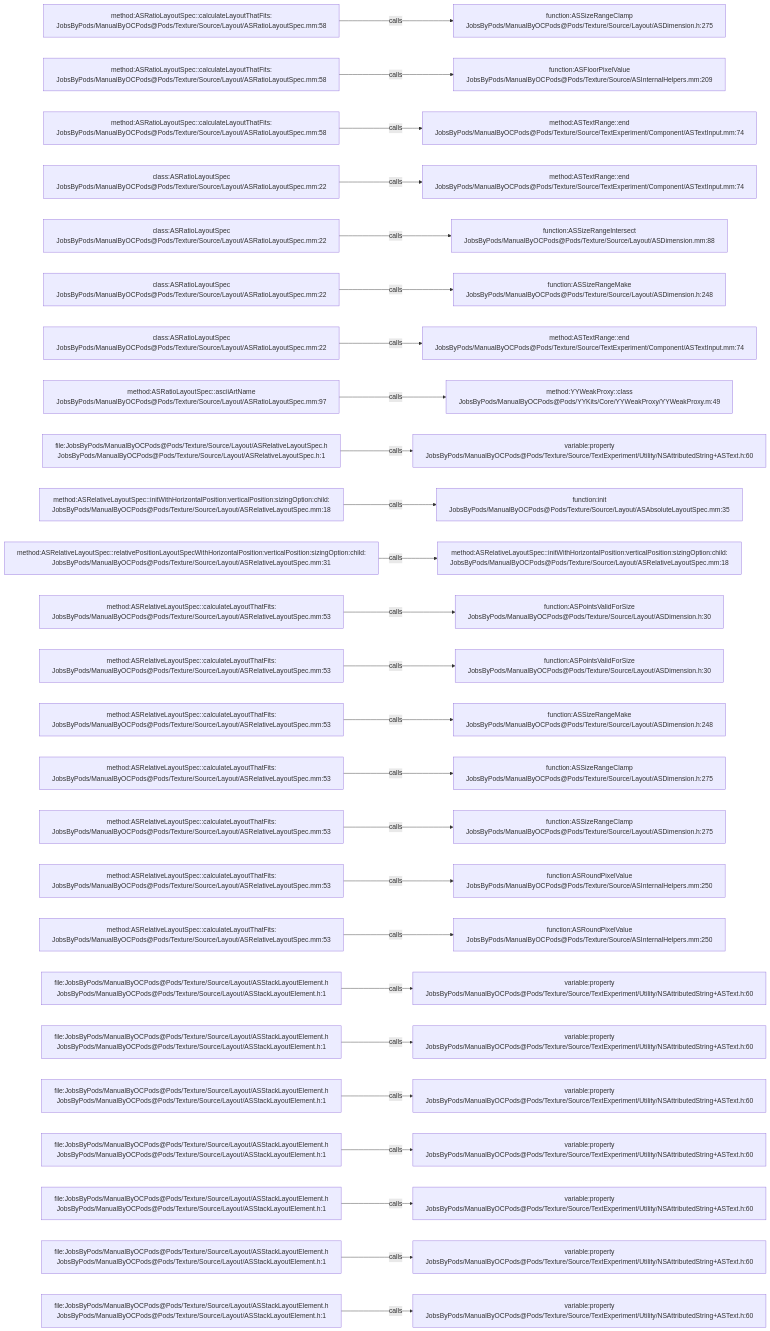
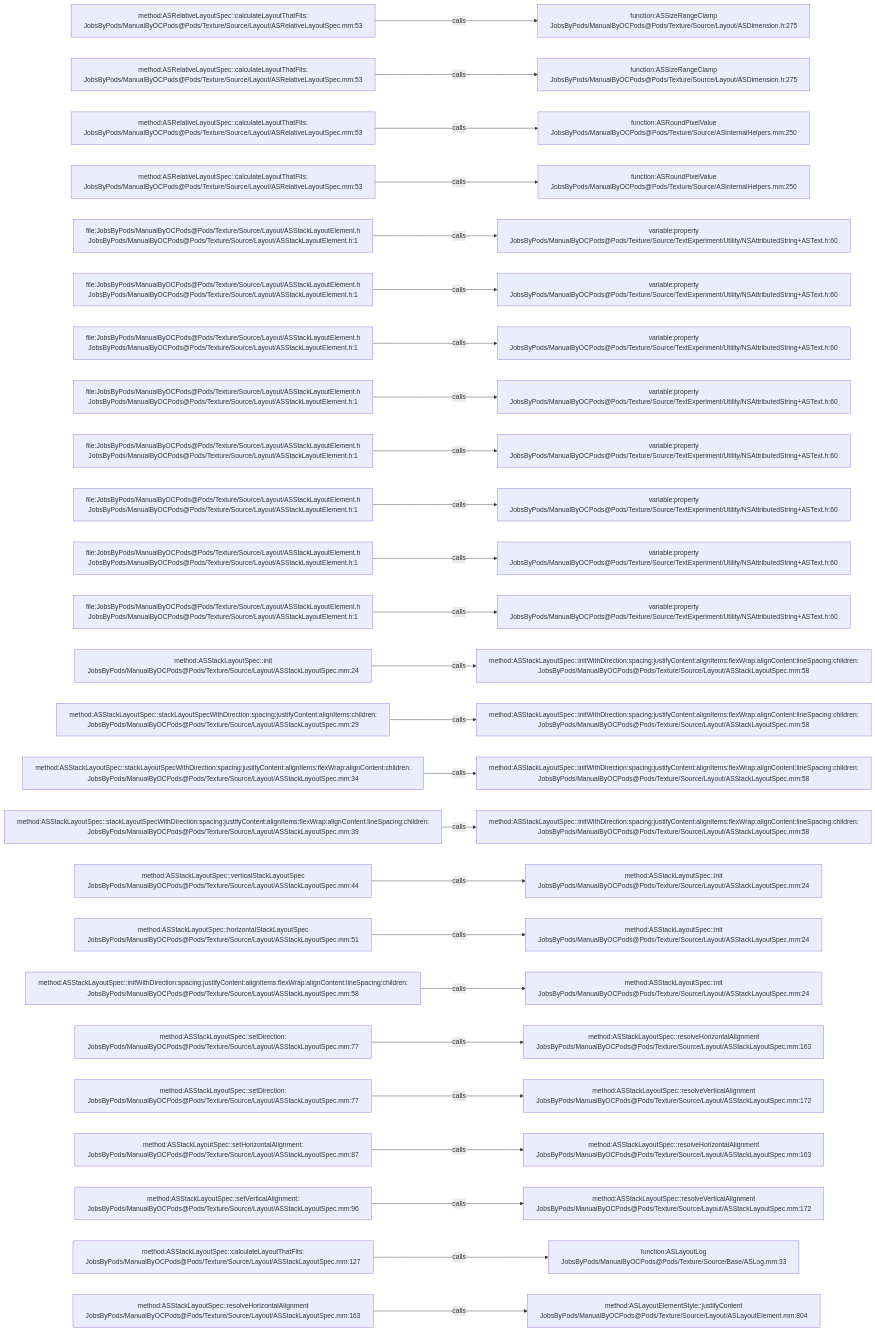
Before and after one commit to JobsKits/JobsOCBaseConfigDemo: the diagram in .codegraph/codegraph.md/graphs/calls-184.md, drawn with Mermaid. The commit also changed 296 other files, not shown here.

````diff
--- a/.codegraph/codegraph.md/graphs/calls-184.md
+++ b/.codegraph/codegraph.md/graphs/calls-184.md
@@ -13,78 +13,78 @@
 ```mermaid
 flowchart LR
-  S1["method:ASRatioLayoutSpec::calculateLayoutThatFits:<br/>JobsByPods/ManualByOCPods@Pods/Texture/Source/Layout/ASRatioLayoutSpec.mm:58"]
+  S1["method:ASRelativeLayoutSpec::calculateLayoutThatFits:<br/>JobsByPods/ManualByOCPods@Pods/Texture/Source/Layout/ASRelativeLayoutSpec.mm:53"]
   T1["function:ASSizeRangeClamp<br/>JobsByPods/ManualByOCPods@Pods/Texture/Source/Layout/ASDimension.h:275"]
   S1 -->|calls| T1
-  S2["method:ASRatioLayoutSpec::calculateLayoutThatFits:<br/>JobsByPods/ManualByOCPods@Pods/Texture/Source/Layout/ASRatioLayoutSpec.mm:58"]
-  T2["function:ASFloorPixelValue<br/>JobsByPods/ManualByOCPods@Pods/Texture/Source/ASInternalHelpers.mm:209"]
+  S2["method:ASRelativeLayoutSpec::calculateLayoutThatFits:<br/>JobsByPods/ManualByOCPods@Pods/Texture/Source/Layout/ASRelativeLayoutSpec.mm:53"]
+  T2["function:ASSizeRangeClamp<br/>JobsByPods/ManualByOCPods@Pods/Texture/Source/Layout/ASDimension.h:275"]
   S2 -->|calls| T2
-  S3["method:ASRatioLayoutSpec::calculateLayoutThatFits:<br/>JobsByPods/ManualByOCPods@Pods/Texture/Source/Layout/ASRatioLayoutSpec.mm:58"]
-  T3["method:ASTextRange::end<br/>JobsByPods/ManualByOCPods@Pods/Texture/Source/TextExperiment/Component/ASTextInput.mm:74"]
+  S3["method:ASRelativeLayoutSpec::calculateLayoutThatFits:<br/>JobsByPods/ManualByOCPods@Pods/Texture/Source/Layout/ASRelativeLayoutSpec.mm:53"]
+  T3["function:ASRoundPixelValue<br/>JobsByPods/ManualByOCPods@Pods/Texture/Source/ASInternalHelpers.mm:250"]
   S3 -->|calls| T3
-  S4["class:ASRatioLayoutSpec<br/>JobsByPods/ManualByOCPods@Pods/Texture/Source/Layout/ASRatioLayoutSpec.mm:22"]
-  T4["method:ASTextRange::end<br/>JobsByPods/ManualByOCPods@Pods/Texture/Source/TextExperiment/Component/ASTextInput.mm:74"]
+  S4["method:ASRelativeLayoutSpec::calculateLayoutThatFits:<br/>JobsByPods/ManualByOCPods@Pods/Texture/Source/Layout/ASRelativeLayoutSpec.mm:53"]
+  T4["function:ASRoundPixelValue<br/>JobsByPods/ManualByOCPods@Pods/Texture/Source/ASInternalHelpers.mm:250"]
   S4 -->|calls| T4
-  S5["class:ASRatioLayoutSpec<br/>JobsByPods/ManualByOCPods@Pods/Texture/Source/Layout/ASRatioLayoutSpec.mm:22"]
-  T5["function:ASSizeRangeIntersect<br/>JobsByPods/ManualByOCPods@Pods/Texture/Source/Layout/ASDimension.mm:88"]
+  S5["file:JobsByPods/ManualByOCPods@Pods/Texture/Source/Layout/ASStackLayoutElement.h<br/>JobsByPods/ManualByOCPods@Pods/Texture/Source/Layout/ASStackLayoutElement.h:1"]
+  T5["variable:property<br/>JobsByPods/ManualByOCPods@Pods/Texture/Source/TextExperiment/Utility/NSAttributedString+ASText.h:60"]
   S5 -->|calls| T5
-  S6["class:ASRatioLayoutSpec<br/>JobsByPods/ManualByOCPods@Pods/Texture/Source/Layout/ASRatioLayoutSpec.mm:22"]
-  T6["function:ASSizeRangeMake<br/>JobsByPods/ManualByOCPods@Pods/Texture/Source/Layout/ASDimension.h:248"]
+  S6["file:JobsByPods/ManualByOCPods@Pods/Texture/Source/Layout/ASStackLayoutElement.h<br/>JobsByPods/ManualByOCPods@Pods/Texture/Source/Layout/ASStackLayoutElement.h:1"]
+  T6["variable:property<br/>JobsByPods/ManualByOCPods@Pods/Texture/Source/TextExperiment/Utility/NSAttributedString+ASText.h:60"]
   S6 -->|calls| T6
-  S7["class:ASRatioLayoutSpec<br/>JobsByPods/ManualByOCPods@Pods/Texture/Source/Layout/ASRatioLayoutSpec.mm:22"]
-  T7["method:ASTextRange::end<br/>JobsByPods/ManualByOCPods@Pods/Texture/Source/TextExperiment/Component/ASTextInput.mm:74"]
+  S7["file:JobsByPods/ManualByOCPods@Pods/Texture/Source/Layout/ASStackLayoutElement.h<br/>JobsByPods/ManualByOCPods@Pods/Texture/Source/Layout/ASStackLayoutElement.h:1"]
+  T7["variable:property<br/>JobsByPods/ManualByOCPods@Pods/Texture/Source/TextExperiment/Utility/NSAttributedString+ASText.h:60"]
   S7 -->|calls| T7
-  S8["method:ASRatioLayoutSpec::asciiArtName<br/>JobsByPods/ManualByOCPods@Pods/Texture/Source/Layout/ASRatioLayoutSpec.mm:97"]
-  T8["method:YYWeakProxy::class<br/>JobsByPods/ManualByOCPods@Pods/YYKits/Core/YYWeakProxy/YYWeakProxy.m:49"]
+  S8["file:JobsByPods/ManualByOCPods@Pods/Texture/Source/Layout/ASStackLayoutElement.h<br/>JobsByPods/ManualByOCPods@Pods/Texture/Source/Layout/ASStackLayoutElement.h:1"]
+  T8["variable:property<br/>JobsByPods/ManualByOCPods@Pods/Texture/Source/TextExperiment/Utility/NSAttributedString+ASText.h:60"]
   S8 -->|calls| T8
-  S9["file:JobsByPods/ManualByOCPods@Pods/Texture/Source/Layout/ASRelativeLayoutSpec.h<br/>JobsByPods/ManualByOCPods@Pods/Texture/Source/Layout/ASRelativeLayoutSpec.h:1"]
+  S9["file:JobsByPods/ManualByOCPods@Pods/Texture/Source/Layout/ASStackLayoutElement.h<br/>JobsByPods/ManualByOCPods@Pods/Texture/Source/Layout/ASStackLayoutElement.h:1"]
   T9["variable:property<br/>JobsByPods/ManualByOCPods@Pods/Texture/Source/TextExperiment/Utility/NSAttributedString+ASText.h:60"]
   S9 -->|calls| T9
-  S10["method:ASRelativeLayoutSpec::initWithHorizontalPosition:verticalPosition:sizingOption:child:<br/>JobsByPods/ManualByOCPods@Pods/Texture/Source/Layout/ASRelativeLayoutSpec.mm:18"]
-  T10["function:init<br/>JobsByPods/ManualByOCPods@Pods/Texture/Source/Layout/ASAbsoluteLayoutSpec.mm:35"]
+  S10["file:JobsByPods/ManualByOCPods@Pods/Texture/Source/Layout/ASStackLayoutElement.h<br/>JobsByPods/ManualByOCPods@Pods/Texture/Source/Layout/ASStackLayoutElement.h:1"]
+  T10["variable:property<br/>JobsByPods/ManualByOCPods@Pods/Texture/Source/TextExperiment/Utility/NSAttributedString+ASText.h:60"]
   S10 -->|calls| T10
-  S11["method:ASRelativeLayoutSpec::relativePositionLayoutSpecWithHorizontalPosition:verticalPosition:sizingOption:child:<br/>JobsByPods/ManualByOCPods@Pods/Texture/Source/Layout/ASRelativeLayoutSpec.mm:31"]
-  T11["method:ASRelativeLayoutSpec::initWithHorizontalPosition:verticalPosition:sizingOption:child:<br/>JobsByPods/ManualByOCPods@Pods/Texture/Source/Layout/ASRelativeLayoutSpec.mm:18"]
+  S11["file:JobsByPods/ManualByOCPods@Pods/Texture/Source/Layout/ASStackLayoutElement.h<br/>JobsByPods/ManualByOCPods@Pods/Texture/Source/Layout/ASStackLayoutElement.h:1"]
+  T11["variable:property<br/>JobsByPods/ManualByOCPods@Pods/Texture/Source/TextExperiment/Utility/NSAttributedString+ASText.h:60"]
   S11 -->|calls| T11
-  S12["method:ASRelativeLayoutSpec::calculateLayoutThatFits:<br/>JobsByPods/ManualByOCPods@Pods/Texture/Source/Layout/ASRelativeLayoutSpec.mm:53"]
-  T12["function:ASPointsValidForSize<br/>JobsByPods/ManualByOCPods@Pods/Texture/Source/Layout/ASDimension.h:30"]
+  S12["file:JobsByPods/ManualByOCPods@Pods/Texture/Source/Layout/ASStackLayoutElement.h<br/>JobsByPods/ManualByOCPods@Pods/Texture/Source/Layout/ASStackLayoutElement.h:1"]
+  T12["variable:property<br/>JobsByPods/ManualByOCPods@Pods/Texture/Source/TextExperiment/Utility/NSAttributedString+ASText.h:60"]
   S12 -->|calls| T12
-  S13["method:ASRelativeLayoutSpec::calculateLayoutThatFits:<br/>JobsByPods/ManualByOCPods@Pods/Texture/Source/Layout/ASRelativeLayoutSpec.mm:53"]
-  T13["function:ASPointsValidForSize<br/>JobsByPods/ManualByOCPods@Pods/Texture/Source/Layout/ASDimension.h:30"]
+  S13["method:ASStackLayoutSpec::init<br/>JobsByPods/ManualByOCPods@Pods/Texture/Source/Layout/ASStackLayoutSpec.mm:24"]
+  T13["method:ASStackLayoutSpec::initWithDirection:spacing:justifyContent:alignItems:flexWrap:alignContent:lineSpacing:children:<br/>JobsByPods/ManualByOCPods@Pods/Texture/Source/Layout/ASStackLayoutSpec.mm:58"]
   S13 -->|calls| T13
-  S14["method:ASRelativeLayoutSpec::calculateLayoutThatFits:<br/>JobsByPods/ManualByOCPods@Pods/Texture/Source/Layout/ASRelativeLayoutSpec.mm:53"]
-  T14["function:ASSizeRangeMake<br/>JobsByPods/ManualByOCPods@Pods/Texture/Source/Layout/ASDimension.h:248"]
+  S14["method:ASStackLayoutSpec::stackLayoutSpecWithDirection:spacing:justifyContent:alignItems:children:<br/>JobsByPods/ManualByOCPods@Pods/Texture/Source/Layout/ASStackLayoutSpec.mm:29"]
+  T14["method:ASStackLayoutSpec::initWithDirection:spacing:justifyContent:alignItems:flexWrap:alignContent:lineSpacing:children:<br/>JobsByPods/ManualByOCPods@Pods/Texture/Source/Layout/ASStackLayoutSpec.mm:58"]
   S14 -->|calls| T14
-  S15["method:ASRelativeLayoutSpec::calculateLayoutThatFits:<br/>JobsByPods/ManualByOCPods@Pods/Texture/Source/Layout/ASRelativeLayoutSpec.mm:53"]
-  T15["function:ASSizeRangeClamp<br/>JobsByPods/ManualByOCPods@Pods/Texture/Source/Layout/ASDimension.h:275"]
+  S15["method:ASStackLayoutSpec::stackLayoutSpecWithDirection:spacing:justifyContent:alignItems:flexWrap:alignContent:children:<br/>JobsByPods/ManualByOCPods@Pods/Texture/Source/Layout/ASStackLayoutSpec.mm:34"]
+  T15["method:ASStackLayoutSpec::initWithDirection:spacing:justifyContent:alignItems:flexWrap:alignContent:lineSpacing:children:<br/>JobsByPods/ManualByOCPods@Pods/Texture/Source/Layout/ASStackLayoutSpec.mm:58"]
   S15 -->|calls| T15
-  S16["method:ASRelativeLayoutSpec::calculateLayoutThatFits:<br/>JobsByPods/ManualByOCPods@Pods/Texture/Source/Layout/ASRelativeLayoutSpec.mm:53"]
-  T16["function:ASSizeRangeClamp<br/>JobsByPods/ManualByOCPods@Pods/Texture/Source/Layout/ASDimension.h:275"]
+  S16["method:ASStackLayoutSpec::stackLayoutSpecWithDirection:spacing:justifyContent:alignItems:flexWrap:alignContent:lineSpacing:children:<br/>JobsByPods/ManualByOCPods@Pods/Texture/Source/Layout/ASStackLayoutSpec.mm:39"]
+  T16["method:ASStackLayoutSpec::initWithDirection:spacing:justifyContent:alignItems:flexWrap:alignContent:lineSpacing:children:<br/>JobsByPods/ManualByOCPods@Pods/Texture/Source/Layout/ASStackLayoutSpec.mm:58"]
   S16 -->|calls| T16
-  S17["method:ASRelativeLayoutSpec::calculateLayoutThatFits:<br/>JobsByPods/ManualByOCPods@Pods/Texture/Source/Layout/ASRelativeLayoutSpec.mm:53"]
-  T17["function:ASRoundPixelValue<br/>JobsByPods/ManualByOCPods@Pods/Texture/Source/ASInternalHelpers.mm:250"]
+  S17["method:ASStackLayoutSpec::verticalStackLayoutSpec<br/>JobsByPods/ManualByOCPods@Pods/Texture/Source/Layout/ASStackLayoutSpec.mm:44"]
+  T17["method:ASStackLayoutSpec::init<br/>JobsByPods/ManualByOCPods@Pods/Texture/Source/Layout/ASStackLayoutSpec.mm:24"]
   S17 -->|calls| T17
-  S18["method:ASRelativeLayoutSpec::calculateLayoutThatFits:<br/>JobsByPods/ManualByOCPods@Pods/Texture/Source/Layout/ASRelativeLayoutSpec.mm:53"]
-  T18["function:ASRoundPixelValue<br/>JobsByPods/ManualByOCPods@Pods/Texture/Source/ASInternalHelpers.mm:250"]
+  S18["method:ASStackLayoutSpec::horizontalStackLayoutSpec<br/>JobsByPods/ManualByOCPods@Pods/Texture/Source/Layout/ASStackLayoutSpec.mm:51"]
+  T18["method:ASStackLayoutSpec::init<br/>JobsByPods/ManualByOCPods@Pods/Texture/Source/Layout/ASStackLayoutSpec.mm:24"]
   S18 -->|calls| T18
-  S19["file:JobsByPods/ManualByOCPods@Pods/Texture/Source/Layout/ASStackLayoutElement.h<br/>JobsByPods/ManualByOCPods@Pods/Texture/Source/Layout/ASStackLayoutElement.h:1"]
-  T19["variable:property<br/>JobsByPods/ManualByOCPods@Pods/Texture/Source/TextExperiment/Utility/NSAttributedString+ASText.h:60"]
+  S19["method:ASStackLayoutSpec::initWithDirection:spacing:justifyContent:alignItems:flexWrap:alignContent:lineSpacing:children:<br/>JobsByPods/ManualByOCPods@Pods/Texture/Source/Layout/ASStackLayoutSpec.mm:58"]
+  T19["method:ASStackLayoutSpec::init<br/>JobsByPods/ManualByOCPods@Pods/Texture/Source/Layout/ASStackLayoutSpec.mm:24"]
   S19 -->|calls| T19
-  S20["file:JobsByPods/ManualByOCPods@Pods/Texture/Source/Layout/ASStackLayoutElement.h<br/>JobsByPods/ManualByOCPods@Pods/Texture/Source/Layout/ASStackLayoutElement.h:1"]
-  T20["variable:property<br/>JobsByPods/ManualByOCPods@Pods/Texture/Source/TextExperiment/Utility/NSAttributedString+ASText.h:60"]
+  S20["method:ASStackLayoutSpec::setDirection:<br/>JobsByPods/ManualByOCPods@Pods/Texture/Source/Layout/ASStackLayoutSpec.mm:77"]
+  T20["method:ASStackLayoutSpec::resolveHorizontalAlignment<br/>JobsByPods/ManualByOCPods@Pods/Texture/Source/Layout/ASStackLayoutSpec.mm:163"]
   S20 -->|calls| T20
-  S21["file:JobsByPods/ManualByOCPods@Pods/Texture/Source/Layout/ASStackLayoutElement.h<br/>JobsByPods/ManualByOCPods@Pods/Texture/Source/Layout/ASStackLayoutElement.h:1"]
-  T21["variable:property<br/>JobsByPods/ManualByOCPods@Pods/Texture/Source/TextExperiment/Utility/NSAttributedString+ASText.h:60"]
+  S21["method:ASStackLayoutSpec::setDirection:<br/>JobsByPods/ManualByOCPods@Pods/Texture/Source/Layout/ASStackLayoutSpec.mm:77"]
+  T21["method:ASStackLayoutSpec::resolveVerticalAlignment<br/>JobsByPods/ManualByOCPods@Pods/Texture/Source/Layout/ASStackLayoutSpec.mm:172"]
   S21 -->|calls| T21
-  S22["file:JobsByPods/ManualByOCPods@Pods/Texture/Source/Layout/ASStackLayoutElement.h<br/>JobsByPods/ManualByOCPods@Pods/Texture/Source/Layout/ASStackLayoutElement.h:1"]
-  T22["variable:property<br/>JobsByPods/ManualByOCPods@Pods/Texture/Source/TextExperiment/Utility/NSAttributedString+ASText.h:60"]
+  S22["method:ASStackLayoutSpec::setHorizontalAlignment:<br/>JobsByPods/ManualByOCPods@Pods/Texture/Source/Layout/ASStackLayoutSpec.mm:87"]
+  T22["method:ASStackLayoutSpec::resolveHorizontalAlignment<br/>JobsByPods/ManualByOCPods@Pods/Texture/Source/Layout/ASStackLayoutSpec.mm:163"]
   S22 -->|calls| T22
-  S23["file:JobsByPods/ManualByOCPods@Pods/Texture/Source/Layout/ASStackLayoutElement.h<br/>JobsByPods/ManualByOCPods@Pods/Texture/Source/Layout/ASStackLayoutElement.h:1"]
-  T23["variable:property<br/>JobsByPods/ManualByOCPods@Pods/Texture/Source/TextExperiment/Utility/NSAttributedString+ASText.h:60"]
+  S23["method:ASStackLayoutSpec::setVerticalAlignment:<br/>JobsByPods/ManualByOCPods@Pods/Texture/Source/Layout/ASStackLayoutSpec.mm:96"]
+  T23["method:ASStackLayoutSpec::resolveVerticalAlignment<br/>JobsByPods/ManualByOCPods@Pods/Texture/Source/Layout/ASStackLayoutSpec.mm:172"]
   S23 -->|calls| T23
-  S24["file:JobsByPods/ManualByOCPods@Pods/Texture/Source/Layout/ASStackLayoutElement.h<br/>JobsByPods/ManualByOCPods@Pods/Texture/Source/Layout/ASStackLayoutElement.h:1"]
-  T24["variable:property<br/>JobsByPods/ManualByOCPods@Pods/Texture/Source/TextExperiment/Utility/NSAttributedString+ASText.h:60"]
+  S24["method:ASStackLayoutSpec::calculateLayoutThatFits:<br/>JobsByPods/ManualByOCPods@Pods/Texture/Source/Layout/ASStackLayoutSpec.mm:127"]
+  T24["function:ASLayoutLog<br/>JobsByPods/ManualByOCPods@Pods/Texture/Source/Base/ASLog.mm:33"]
   S24 -->|calls| T24
-  S25["file:JobsByPods/ManualByOCPods@Pods/Texture/Source/Layout/ASStackLayoutElement.h<br/>JobsByPods/ManualByOCPods@Pods/Texture/Source/Layout/ASStackLayoutElement.h:1"]
-  T25["variable:property<br/>JobsByPods/ManualByOCPods@Pods/Texture/Source/TextExperiment/Utility/NSAttributedString+ASText.h:60"]
+  S25["method:ASStackLayoutSpec::resolveHorizontalAlignment<br/>JobsByPods/ManualByOCPods@Pods/Texture/Source/Layout/ASStackLayoutSpec.mm:163"]
+  T25["method:ASLayoutElementStyle::justifyContent<br/>JobsByPods/ManualByOCPods@Pods/Texture/Source/Layout/ASLayoutElement.mm:804"]
   S25 -->|calls| T25
 ```
````
